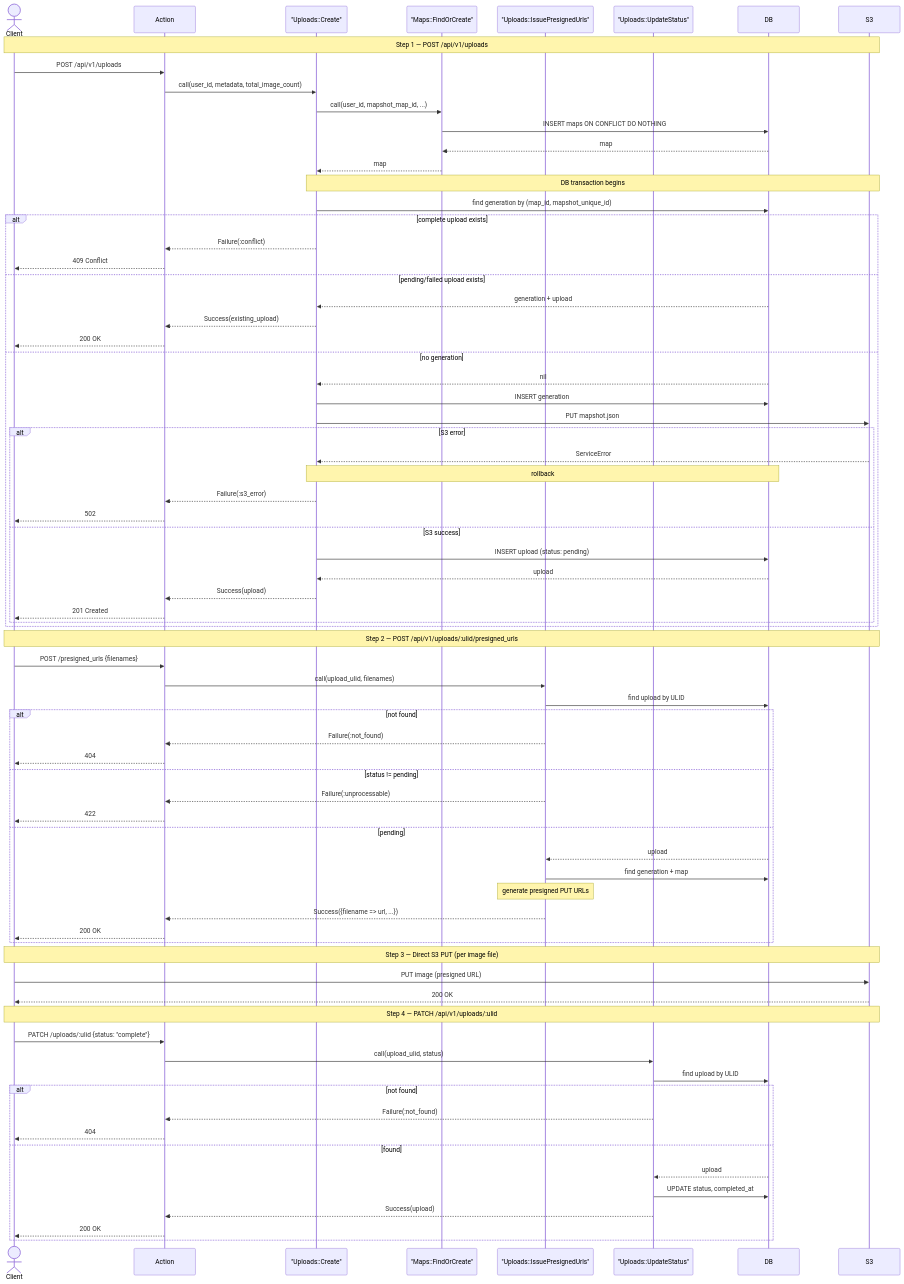
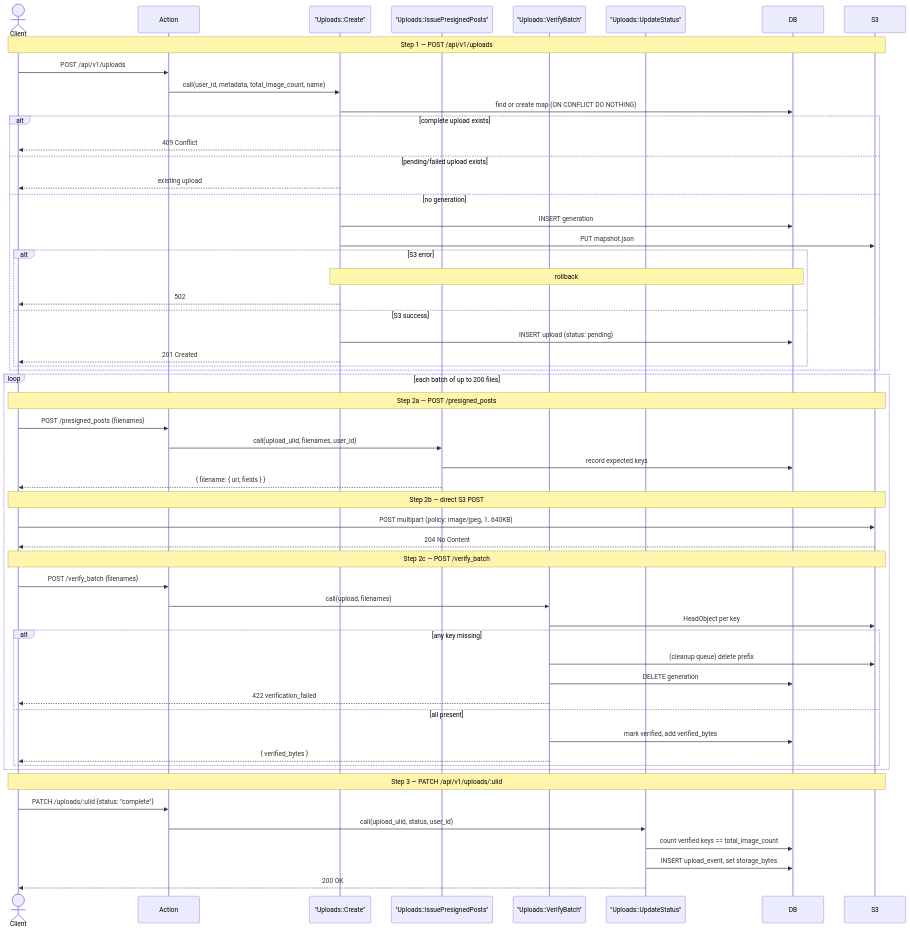
Before and after one commit to sakuro/pasta_atlas: the diagram in doc/design/06-upload-flow.md, drawn with Mermaid. The commit also changed other lines of this file and 2 other files, not shown here.

Commit message:
:memo: Update the upload flow docs to presigned POST with batch verification

````diff
--- a/doc/design/06-upload-flow.md
+++ b/doc/design/06-upload-flow.md
@@ -116,8 +131,8 @@
     actor Client
     participant Action
     participant UC as "Uploads::Create"
-    participant MFC as "Maps::FindOrCreate"
-    participant IPU as "Uploads::IssuePresignedUrls"
+    participant IPP as "Uploads::IssuePresignedPosts"
+    participant VB as "Uploads::VerifyBatch"
     participant UUS as "Uploads::UpdateStatus"
     participant DB
     participant S3
@@ -125,77 +140,55 @@
     Note over Client,S3: Step 1 — POST /api/v1/uploads
 
     Client->>Action: POST /api/v1/uploads
-    Action->>UC: call(user_id, metadata, total_image_count)
-
-    UC->>MFC: call(user_id, mapshot_map_id, ...)
-    MFC->>DB: INSERT maps ON CONFLICT DO NOTHING
-    DB-->>MFC: map
-    MFC-->>UC: map
-
-    Note over UC,S3: DB transaction begins
-
-    UC->>DB: find generation by (map_id, mapshot_unique_id)
+    Action->>UC: call(user_id, metadata, total_image_count, name)
+    UC->>DB: find or create map (ON CONFLICT DO NOTHING)
 
     alt complete upload exists
-        UC-->>Action: Failure(:conflict)
-        Action-->>Client: 409 Conflict
+        UC-->>Client: 409 Conflict
     else pending/failed upload exists
-        DB-->>UC: generation + upload
-        UC-->>Action: Success(existing_upload)
-        Action-->>Client: 200 OK
+        UC-->>Client: existing upload
     else no generation
-        DB-->>UC: nil
         UC->>DB: INSERT generation
         UC->>S3: PUT mapshot.json
         alt S3 error
-            S3-->>UC: ServiceError
             Note over UC,DB: rollback
-            UC-->>Action: Failure(:s3_error)
-            Action-->>Client: 502
+            UC-->>Client: 502
         else S3 success
             UC->>DB: INSERT upload (status: pending)
-            DB-->>UC: upload
-            UC-->>Action: Success(upload)
-            Action-->>Client: 201 Created
+            UC-->>Client: 201 Created
         end
     end
 
-    Note over Client,S3: Step 2 — POST /api/v1/uploads/:ulid/presigned_urls
+    loop each batch of up to 200 files
+        Note over Client,S3: Step 2a — POST /presigned_posts
+        Client->>Action: POST /presigned_posts {filenames}
+        Action->>IPP: call(upload_ulid, filenames, user_id)
+        IPP->>DB: record expected keys
+        IPP-->>Client: { filename: { url, fields } }
 
-    Client->>Action: POST /presigned_urls {filenames}
-    Action->>IPU: call(upload_ulid, filenames)
-    IPU->>DB: find upload by ULID
-    alt not found
-        IPU-->>Action: Failure(:not_found)
-        Action-->>Client: 404
-    else status != pending
-        IPU-->>Action: Failure(:unprocessable)
-        Action-->>Client: 422
-    else pending
-        DB-->>IPU: upload
-        IPU->>DB: find generation + map
-        Note over IPU: generate presigned PUT URLs
-        IPU-->>Action: Success({filename => url, ...})
-        Action-->>Client: 200 OK
+        Note over Client,S3: Step 2b — direct S3 POST
+        Client->>S3: POST multipart (policy: image/jpeg, 1..640KB)
+        S3-->>Client: 204 No Content
+
+        Note over Client,S3: Step 2c — POST /verify_batch
+        Client->>Action: POST /verify_batch {filenames}
+        Action->>VB: call(upload, filenames)
+        VB->>S3: HeadObject per key
+        alt any key missing
+            VB->>S3: (cleanup queue) delete prefix
+            VB->>DB: DELETE generation
+            VB-->>Client: 422 verification_failed
+        else all present
+            VB->>DB: mark verified, add verified_bytes
+            VB-->>Client: { verified_bytes }
+        end
     end
 
-    Note over Client,S3: Step 3 — Direct S3 PUT (per image file)
-
-    Client->>S3: PUT image (presigned URL)
-    S3-->>Client: 200 OK
-
-    Note over Client,S3: Step 4 — PATCH /api/v1/uploads/:ulid
+    Note over Client,S3: Step 3 — PATCH /api/v1/uploads/:ulid
 
     Client->>Action: PATCH /uploads/:ulid {status: "complete"}
-    Action->>UUS: call(upload_ulid, status)
-    UUS->>DB: find upload by ULID
-    alt not found
-        UUS-->>Action: Failure(:not_found)
-        Action-->>Client: 404
-    else found
-        DB-->>UUS: upload
-        UUS->>DB: UPDATE status, completed_at
-        UUS-->>Action: Success(upload)
-        Action-->>Client: 200 OK
-    end
+    Action->>UUS: call(upload_ulid, status, user_id)
+    UUS->>DB: count verified keys == total_image_count
+    UUS->>DB: INSERT upload_event, set storage_bytes
+    UUS-->>Client: 200 OK
 ```
````
